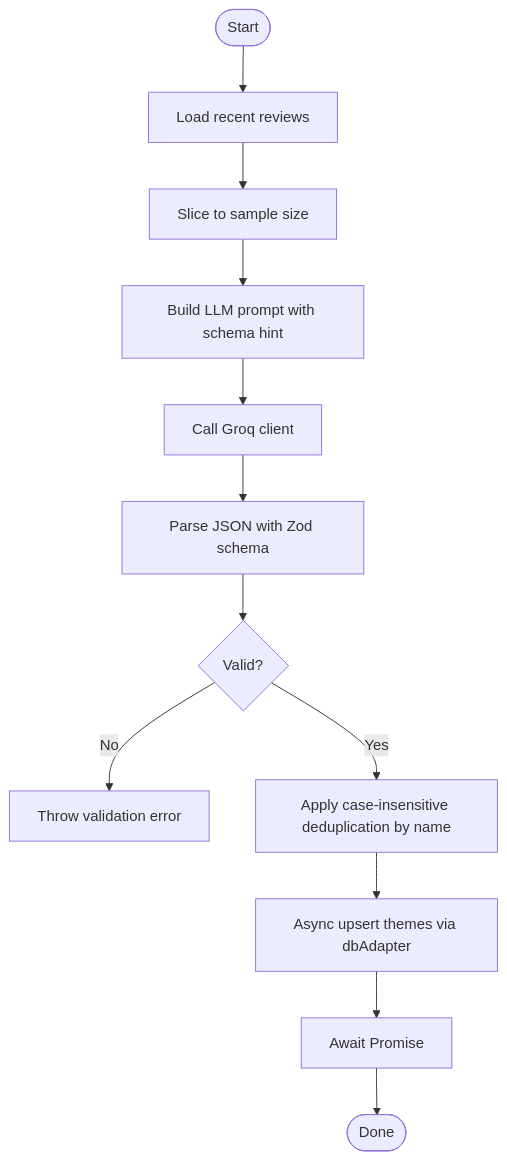
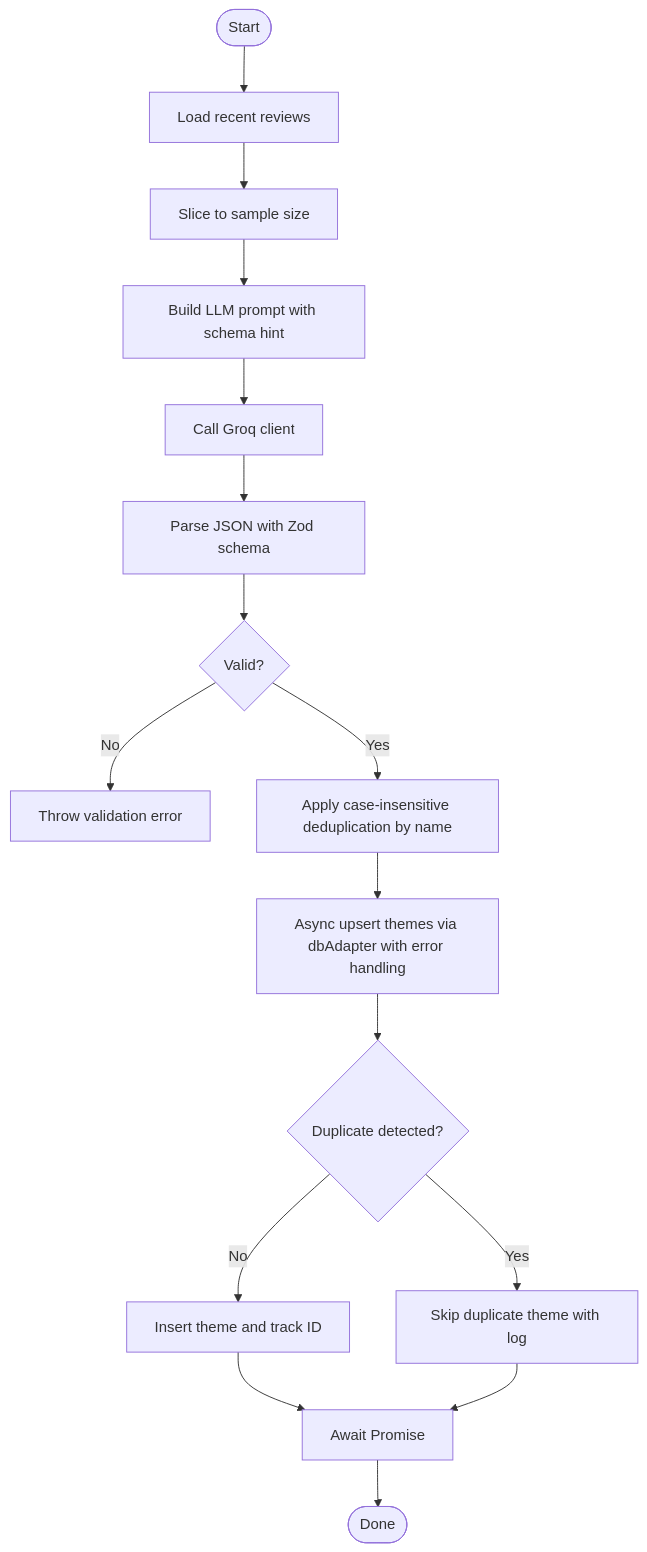
The fourth of 9 diagrams in .qoder/repowiki/en/content/Phase 2_ Advanced Analytics & Automation/Theme Generation & Management.md (aravinthraj-ramalingam/Groww-App-Review-Insights-Analyzer-), drawn with Mermaid before and after one commit. The commit also changed other lines of this file and 4 other files, not shown here.

````diff
--- a/.qoder/repowiki/en/content/Phase 2_ Advanced Analytics & Automation/Theme Generation & Management.md
+++ b/.qoder/repowiki/en/content/Phase 2_ Advanced Analytics & Automation/Theme Generation & Management.md
@@ -242,14 +251,18 @@
 ```mermaid
 flowchart TD
 Start(["Start"]) --> Load["Load recent reviews"]
 Load --> Sample["Slice to sample size"]
 Sample --> BuildPrompt["Build LLM prompt with schema hint"]
 BuildPrompt --> CallLLM["Call Groq client"]
 CallLLM --> Parse["Parse JSON with Zod schema"]
 Parse --> Valid{"Valid?"}
 Valid --> |No| Fail["Throw validation error"]
 Valid --> |Yes| Dedupe["Apply case-insensitive deduplication by name"]
-Dedupe --> AsyncUpsert["Async upsert themes via dbAdapter"]
-AsyncUpsert --> AwaitResult["Await Promise<ids>"]
+Dedupe --> AsyncUpsert["Async upsert themes via dbAdapter with error handling"]
+AsyncUpsert --> CheckDup{"Duplicate detected?"}
+CheckDup --> |Yes| Skip["Skip duplicate theme with log"]
+CheckDup --> |No| Insert["Insert theme and track ID"]
+Insert --> AwaitResult["Await Promise<ids>"]
+Skip --> AwaitResult
 AwaitResult --> Done(["Done"])
 ```
````
